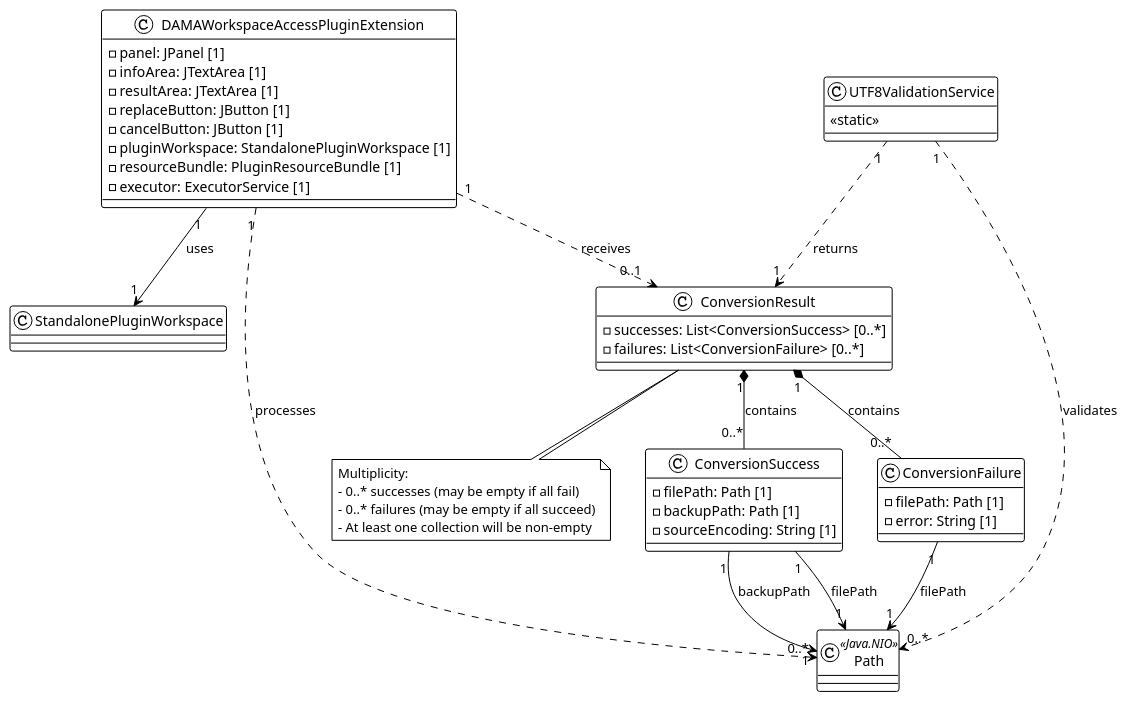
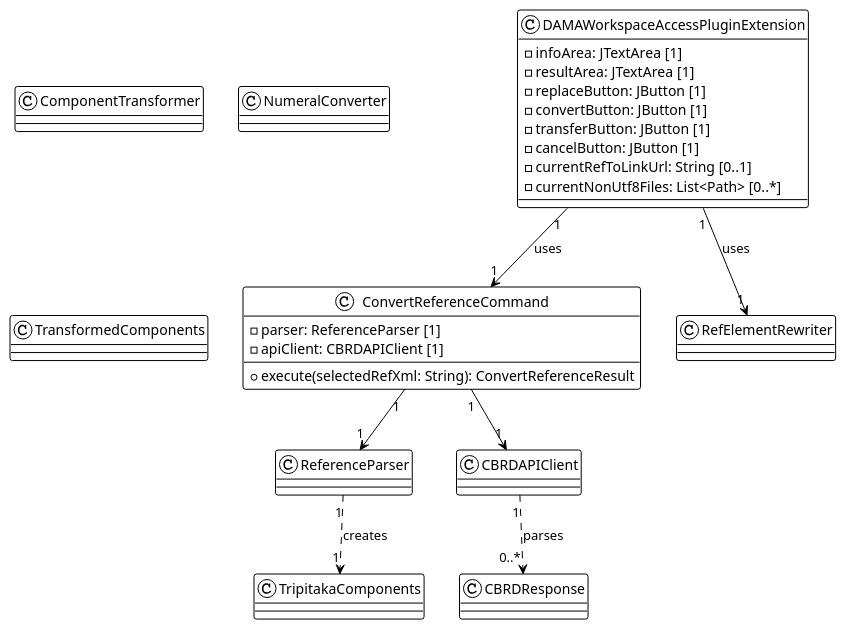
Before and after one commit to happypig/OCR2Markup: the second of 14 diagrams in Models/Gemini2.5/dila-ai-markup-plugin/docs/RUP.MD, drawn with PlantUML. The commit also changed other lines of this file and 9 other files, not shown here.

````diff
--- a/Models/Gemini2.5/dila-ai-markup-plugin/docs/RUP.MD
+++ b/Models/Gemini2.5/dila-ai-markup-plugin/docs/RUP.MD
@@ -251,63 +272,43 @@
 ```plantuml
 @startuml
 !theme plain
 
 class DAMAWorkspaceAccessPluginExtension {
-    - panel: JPanel [1]
     - infoArea: JTextArea [1]
     - resultArea: JTextArea [1]
     - replaceButton: JButton [1]
+    - convertButton: JButton [1]
+    - transferButton: JButton [1]
     - cancelButton: JButton [1]
-    - pluginWorkspace: StandalonePluginWorkspace [1]
-    - resourceBundle: PluginResourceBundle [1]
-    - executor: ExecutorService [1]
+    - currentRefToLinkUrl: String [0..1]
+    - currentNonUtf8Files: List<Path> [0..*]
 }
 
-class UTF8ValidationService {
-    <<static>>
+class ConvertReferenceCommand {
+    - parser: ReferenceParser [1]
+    - apiClient: CBRDAPIClient [1]
+    --
+    + execute(selectedRefXml: String): ConvertReferenceResult
 }
 
-class ConversionResult {
-    - successes: List<ConversionSuccess> [0..*]
-    - failures: List<ConversionFailure> [0..*]
-}
+class ReferenceParser
+class ComponentTransformer
+class NumeralConverter
+class RefElementRewriter
+class TripitakaComponents
+class TransformedComponents
+class CBRDAPIClient
+class CBRDResponse
 
-class ConversionSuccess {
-    - filePath: Path [1]
-    - backupPath: Path [1]
-    - sourceEncoding: String [1]
-}
+DAMAWorkspaceAccessPluginExtension "1" --> "1" ConvertReferenceCommand : uses
+DAMAWorkspaceAccessPluginExtension "1" --> "1" RefElementRewriter : uses
 
-class ConversionFailure {
-    - filePath: Path [1]
-    - error: String [1]
-}
+ConvertReferenceCommand "1" --> "1" ReferenceParser
+ConvertReferenceCommand "1" --> "1" CBRDAPIClient
 
-class Path <<Java.NIO>> {
-}
+ReferenceParser "1" ..> "1" TripitakaComponents : creates
 
-' Multiplicity Relationships - 多重性
-DAMAWorkspaceAccessPluginExtension "1" --> "1" StandalonePluginWorkspace : uses
-DAMAWorkspaceAccessPluginExtension "1" ..> "0..*" Path : processes
-DAMAWorkspaceAccessPluginExtension "1" ..> "0..1" ConversionResult : receives
-
-UTF8ValidationService "1" ..> "0..*" Path : validates
-UTF8ValidationService "1" ..> "1" ConversionResult : returns
-
-ConversionResult "1" *-- "0..*" ConversionSuccess : contains
-ConversionResult "1" *-- "0..*" ConversionFailure : contains
-
-ConversionSuccess "1" --> "1" Path : filePath
-ConversionSuccess "1" --> "1" Path : backupPath
-
-ConversionFailure "1" --> "1" Path : filePath
-
-note bottom of ConversionResult
-  Multiplicity: 
-  - 0..* successes (may be empty if all fail)
-  - 0..* failures (may be empty if all succeed)
-  - At least one collection will be non-empty
-end note
+CBRDAPIClient "1" ..> "0..*" CBRDResponse : parses
 
 @enduml
 ```
````
